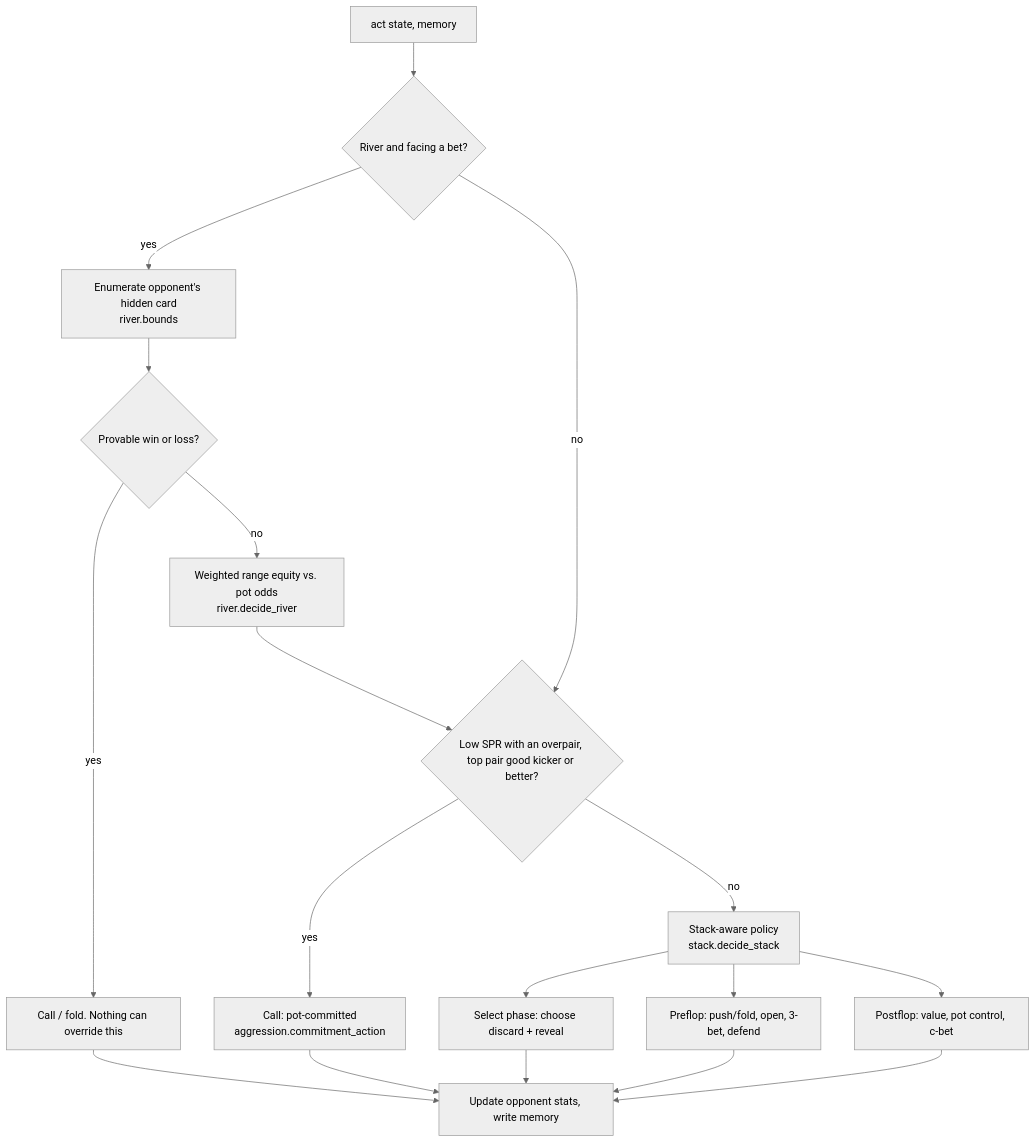
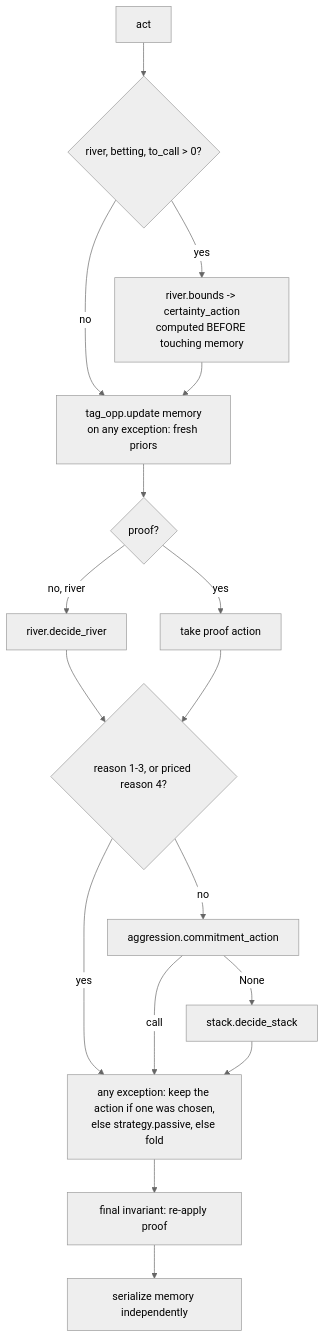
The diagram in README.md (Gabo-szhj/poker_bot_nolimit), drawn with Mermaid (neutral theme) before and after one commit. The commit also changed other lines of this file and 13 other files, not shown here.

````diff
--- a/README.md
+++ b/README.md
@@ -32,16 +64,19 @@
 ```mermaid
 flowchart TD
-    A[act state, memory] --> B{River and facing a bet?}
-    B -- yes --> C[Enumerate opponent's hidden card<br/>river.bounds]
-    C --> D{Provable win or loss?}
-    D -- yes --> P[Call / fold. Nothing can override this]
-    D -- no --> E[Weighted range equity vs. pot odds<br/>river.decide_river]
-    B -- no --> F
-    E --> F{Low SPR with an overpair, top pair good kicker or better?}
-    F -- yes --> G[Call: pot-committed<br/>aggression.commitment_action]
-    F -- no --> H[Stack-aware policy<br/>stack.decide_stack]
-    H --> I[Select phase: choose discard + reveal]
-    H --> J[Preflop: push/fold, open, 3-bet, defend]
-    H --> K[Postflop: value, pot control, c-bet]
-    P & G & I & J & K --> M[Update opponent stats, write memory]
+    S[act] --> R{river, betting, to_call > 0?}
+    R -- yes --> B[river.bounds -> certainty_action<br/>computed BEFORE touching memory]
+    R -- no --> M
+    B --> M[tag_opp.update memory<br/>on any exception: fresh priors]
+    M --> P{proof?}
+    P -- yes --> A1[take proof action]
+    P -- no, river --> DR[river.decide_river]
+    DR --> C{reason 1-3, or priced reason 4?}
+    A1 --> C
+    C -- no --> CM[aggression.commitment_action]
+    C -- yes --> X
+    CM -- None --> DS[stack.decide_stack]
+    CM -- call --> X
+    DS --> X[any exception: keep the action if one was chosen,<br/>else strategy.passive, else fold]
+    X --> F[final invariant: re-apply proof]
+    F --> W[serialize memory independently]
 ```
````
